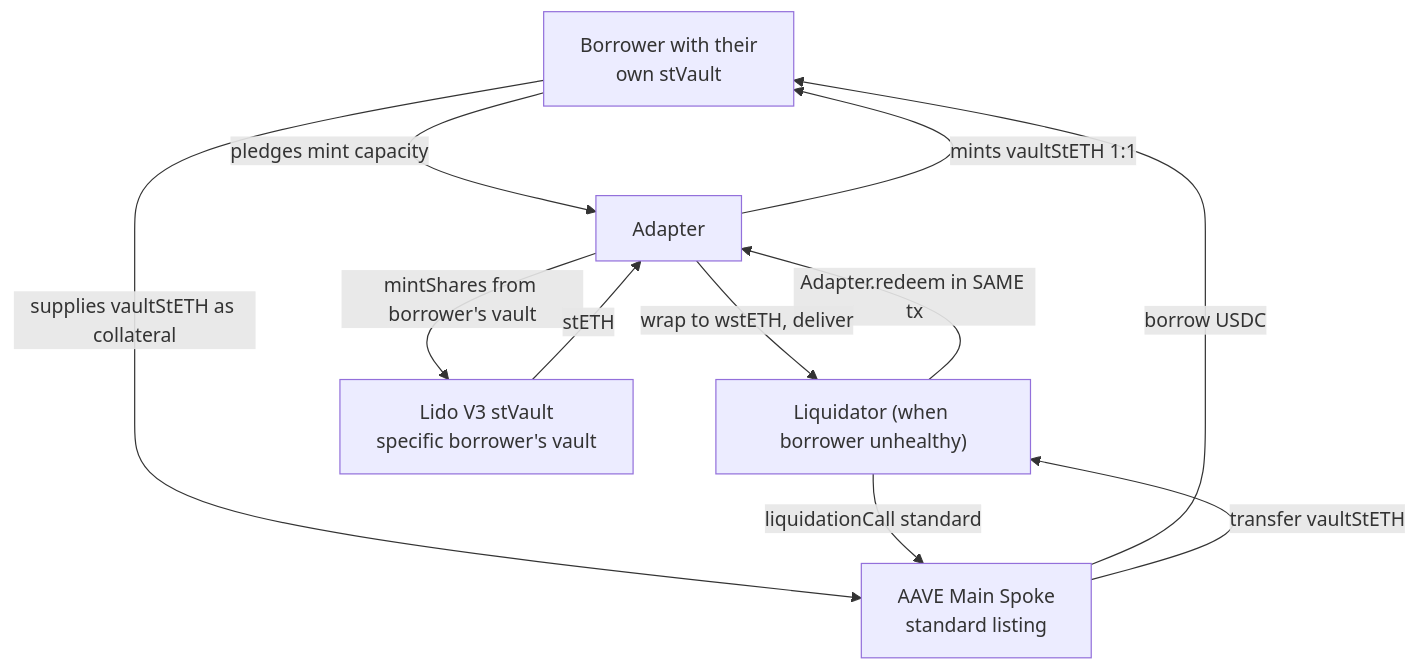
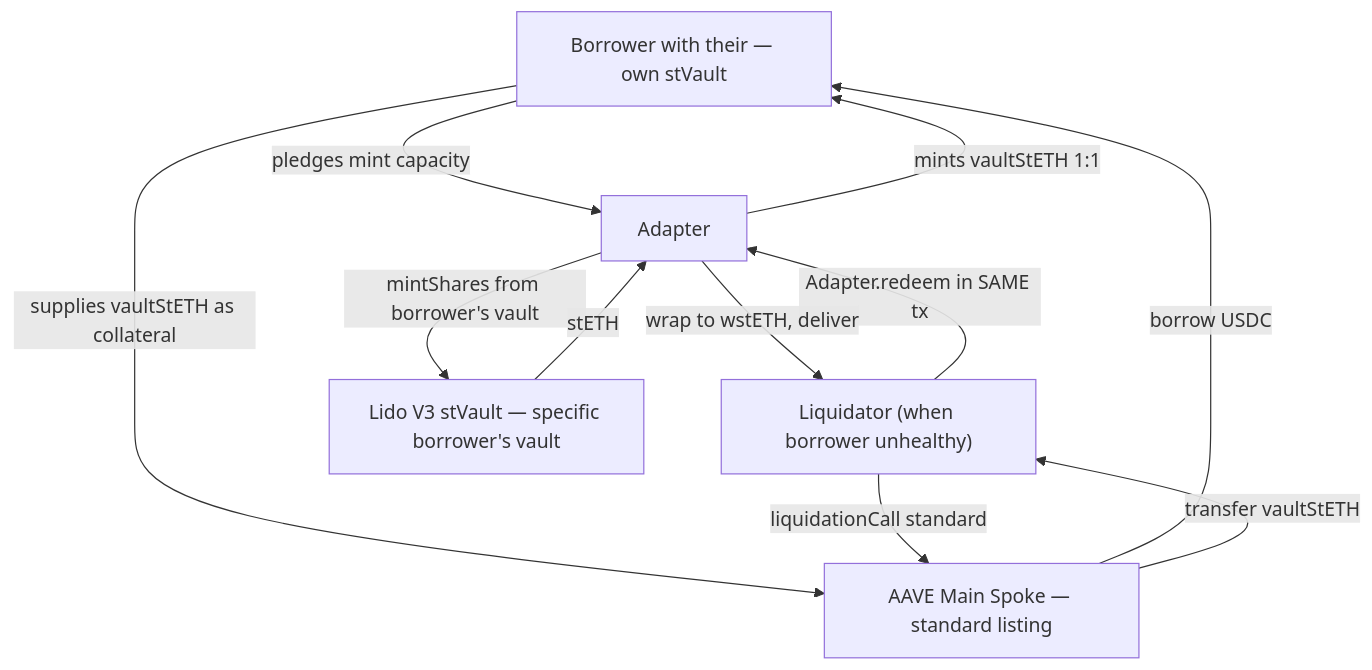
The first of 24 diagrams in docs/Architecture.md (sanbir/vault-steth-adapter), drawn with Mermaid before and after one commit. The commit also changed other lines of this file and 1 other file, not shown here.

First line of the commit message:
docs: fix Mermaid <br/> rendering errors in Architecture.md and Liquidation-guarantees.md

````diff
--- a/docs/Architecture.md
+++ b/docs/Architecture.md
@@ -42,14 +42,14 @@
 ```mermaid
 flowchart TB
-    Borrower["Borrower with their<br/>own stVault"] -->|pledges mint capacity| Adapter
+    Borrower["Borrower with their — own stVault"] -->|pledges mint capacity| Adapter
     Adapter -->|mints vaultStETH 1:1| Borrower
-    Borrower -->|supplies vaultStETH as collateral| AAVE["AAVE Main Spoke<br/>standard listing"]
+    Borrower -->|supplies vaultStETH as collateral| AAVE["AAVE Main Spoke — standard listing"]
     AAVE -->|borrow USDC| Borrower
 
     Liquidator["Liquidator (when borrower unhealthy)"] -->|liquidationCall standard| AAVE
     AAVE -->|transfer vaultStETH| Liquidator
     Liquidator -->|Adapter.redeem in SAME tx| Adapter
-    Adapter -->|mintShares from borrower's vault| Lido["Lido V3 stVault<br/>specific borrower's vault"]
+    Adapter -->|mintShares from borrower's vault| Lido["Lido V3 stVault — specific borrower's vault"]
     Lido -->|stETH| Adapter
     Adapter -->|wrap to wstETH, deliver| Liquidator
 ```
````
